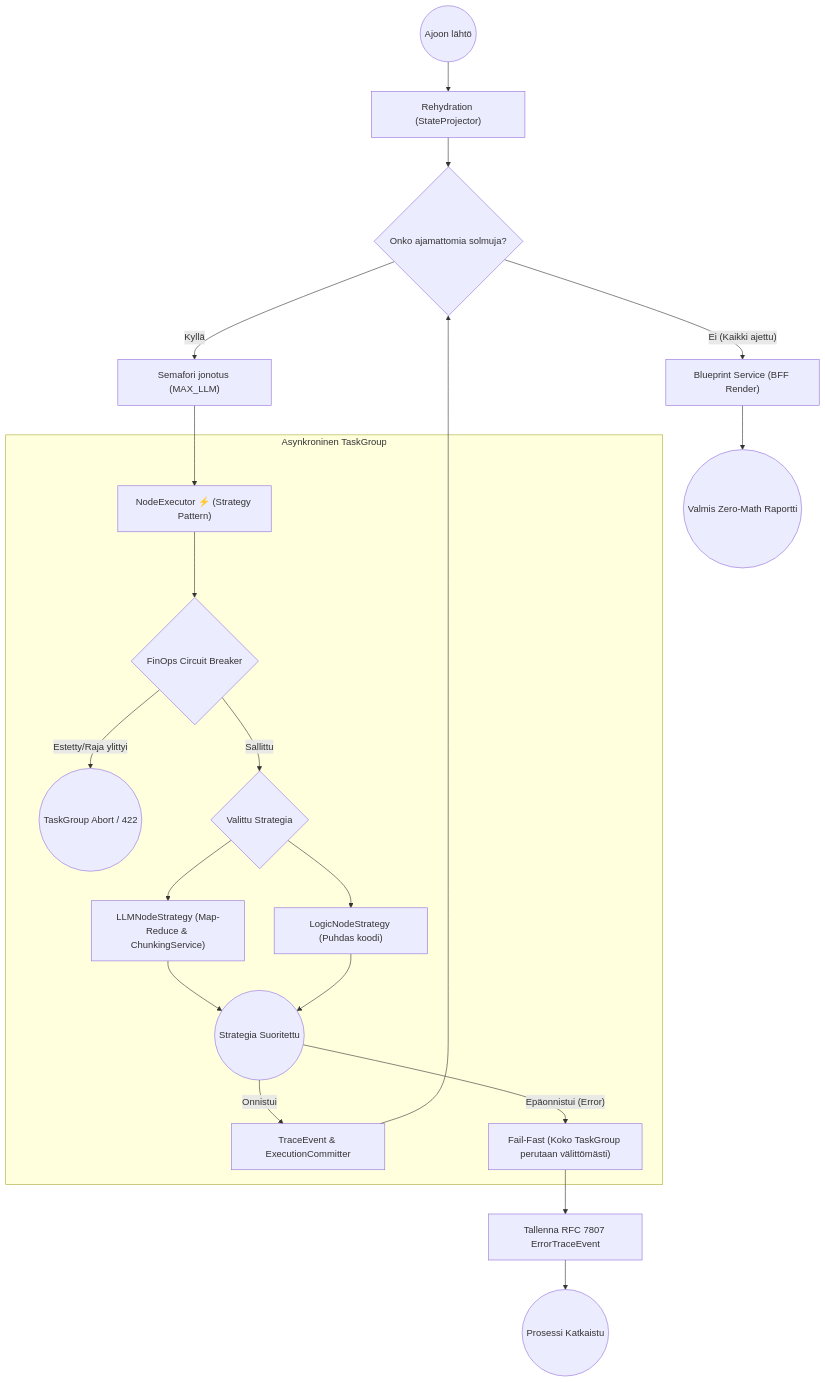
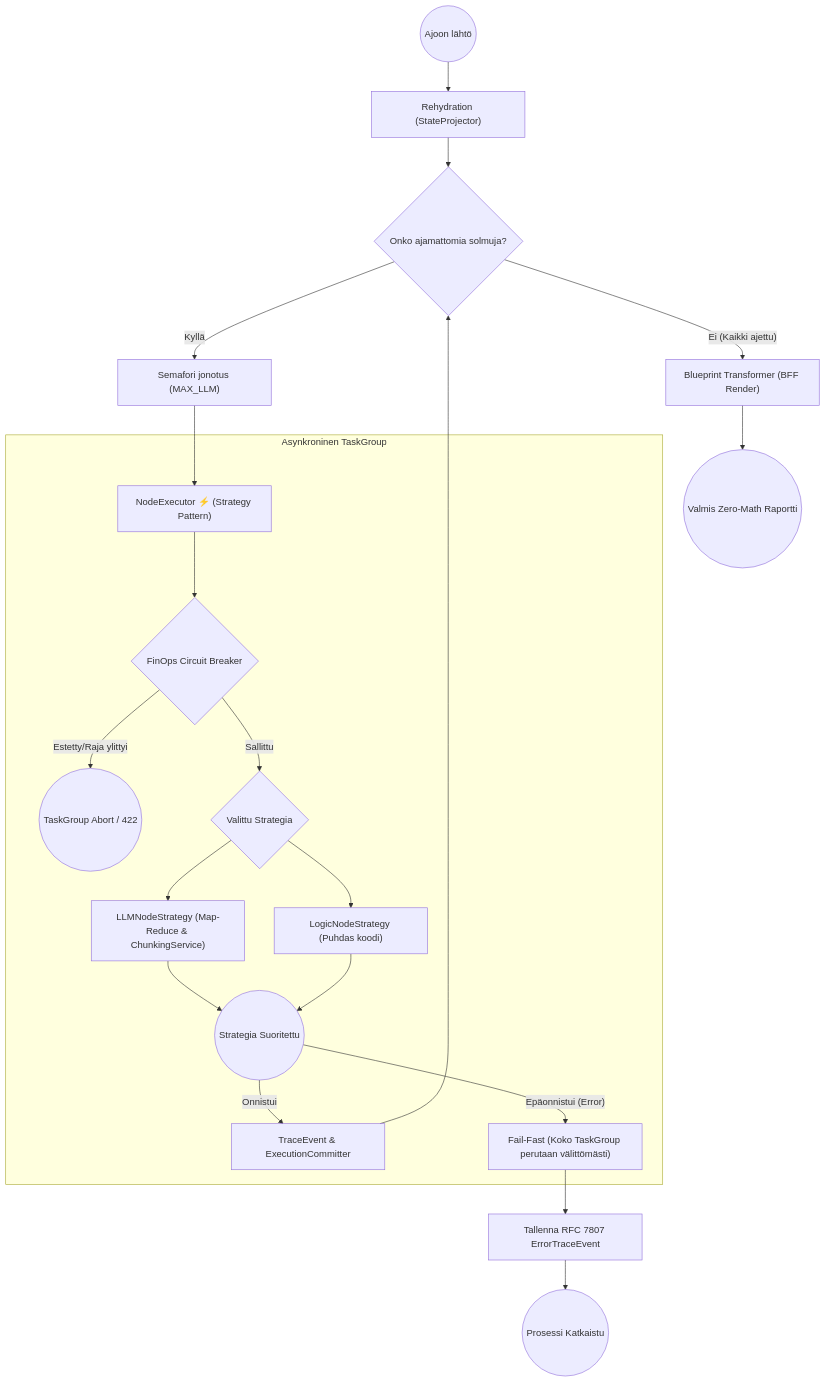
One commit to launis/quorum changed the diagram in docs/architecture/03_business_services_and_dag.md. Above: the diagram before and after it, drawn with Mermaid. The commit also changed other lines of this file and 26 other files, not shown here.

Commit message:
docs: establish architecture documentation and implement scorecard evaluation logic via deep atomization and dynamic rendering engine

````diff
--- a/docs/architecture/03_business_services_and_dag.md
+++ b/docs/architecture/03_business_services_and_dag.md
@@ -18,27 +18,27 @@
 ```mermaid
 flowchart TD
     Start((Ajoon lähtö)) --> Rehydration["Rehydration (StateProjector)"]
     Rehydration --> Check{"Onko ajamattomia solmuja?"}
     
     Check -- Kyllä --> Concurrency["Semafori jonotus (MAX_LLM)"]
     Concurrency --> NodeExec["NodeExecutor ⚡ (Strategy Pattern)"]
     
     subgraph TaskGroup["Asynkroninen TaskGroup"]
         NodeExec --> Breaker{"FinOps Circuit Breaker"}
         Breaker -- "Estetty/Raja ylittyi" --> AbortTask((TaskGroup Abort / 422))
         Breaker -- "Sallittu" --> StrategySelect{"Valittu Strategia"}
         StrategySelect --> LLMStrategy["LLMNodeStrategy (Map-Reduce & ChunkingService)"]
         StrategySelect --> LogicStrategy["LogicNodeStrategy (Puhdas koodi)"]
         LLMStrategy --> StrategyMerged((Strategia Suoritettu))
         LogicStrategy --> StrategyMerged
         StrategyMerged -- "Onnistui" --> CommitTrace["TraceEvent & ExecutionCommitter"]
         StrategyMerged -- "Epäonnistui (Error)" --> FailBoundary["Fail-Fast (Koko TaskGroup perutaan välittömästi)"]
     end
     
     CommitTrace --> Check
-    Check -- "Ei (Kaikki ajettu)" --> Blueprint["Blueprint Service (BFF Render)"]
+    Check -- "Ei (Kaikki ajettu)" --> Blueprint["Blueprint Transformer (BFF Render)"]
     Blueprint --> End((Valmis Zero-Math Raportti))
     
     FailBoundary --> ErrorLog["Tallenna RFC 7807 ErrorTraceEvent"]
     ErrorLog --> Abort((Prosessi Katkaistu))
 ```
````
